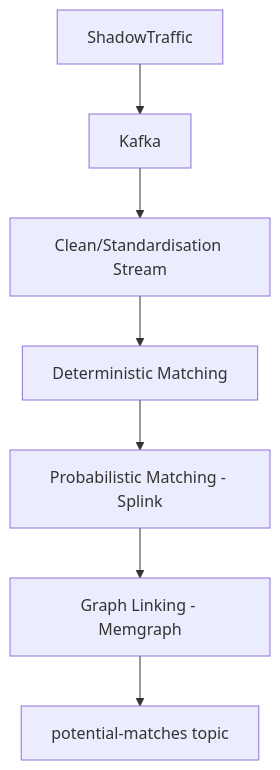
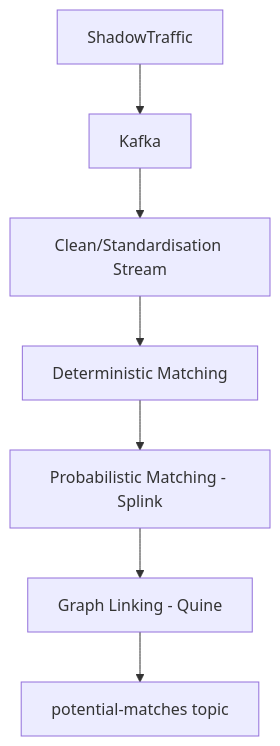
Before and after one commit to stonesy88/entity-resolution: the diagram in readme.md, drawn with Mermaid. The commit also changed other lines of this file and 7 other files, not shown here.

````diff
--- a/readme.md
+++ b/readme.md
@@ -11,10 +11,10 @@
 ```mermaid
 flowchart TD
   S[ShadowTraffic] --> K[Kafka]
   K --> S1[Clean/Standardisation Stream]
   S1 --> D[Deterministic Matching]
   D --> P[Probabilistic Matching - Splink]
-  P --> M[Graph Linking - Memgraph]
+  P --> M[Graph Linking - Quine]
   M --> PM[potential-matches topic]
 
 ```
````
